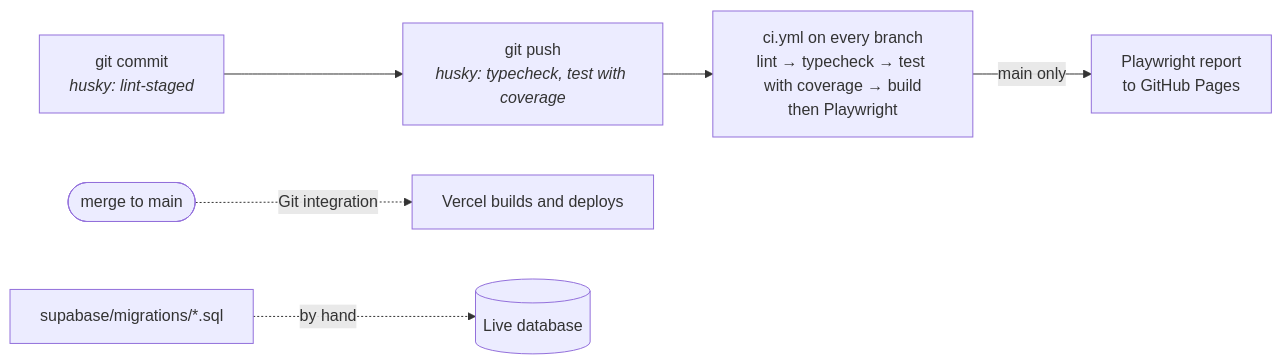
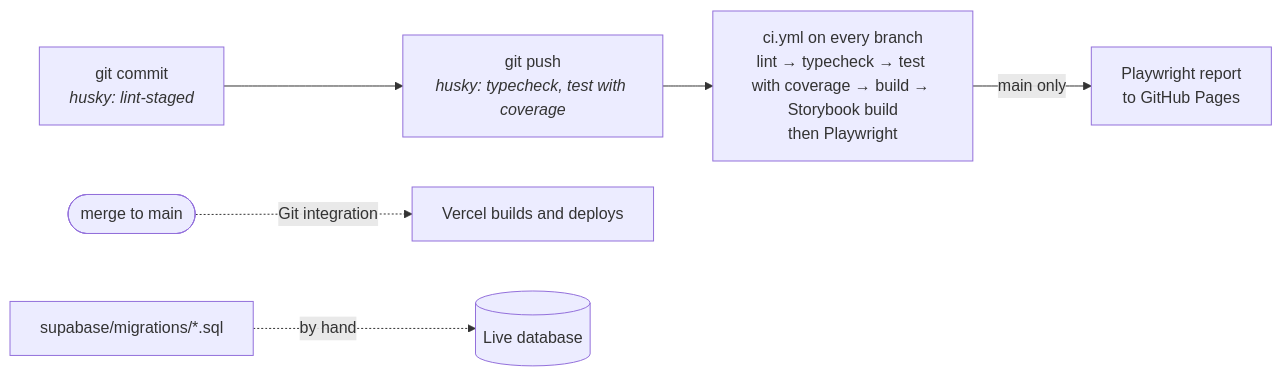
Before and after one commit to Q-Labs/Travel-OS: the fifth of 5 diagrams in docs/architecture.md, drawn with Mermaid. The commit also changed other lines of this file and 52 other files, not shown here.

Commit message:
chore(#128): Storybook 10 with a story for every component (#157)

````diff
--- a/docs/architecture.md
+++ b/docs/architecture.md
@@ -177,7 +178,7 @@
 ```mermaid
 flowchart LR
-    commit["git commit<br/><i>husky: lint-staged</i>"] --> push["git push<br/><i>husky: typecheck, test with coverage</i>"] --> ci["ci.yml on every branch<br/>lint → typecheck → test with coverage → build<br/>then Playwright"]
+    commit["git commit<br/><i>husky: lint-staged</i>"] --> push["git push<br/><i>husky: typecheck, test with coverage</i>"] --> ci["ci.yml on every branch<br/>lint → typecheck → test with coverage → build → Storybook build<br/>then Playwright"]
     ci -->|"main only"| pages["Playwright report<br/>to GitHub Pages"]
     merge(["merge to main"]) -. "Git integration" .-> vercel["Vercel builds and deploys"]
     sql["supabase/migrations/*.sql"] -. "by hand" .-> db[("Live database")]
 ```
````
